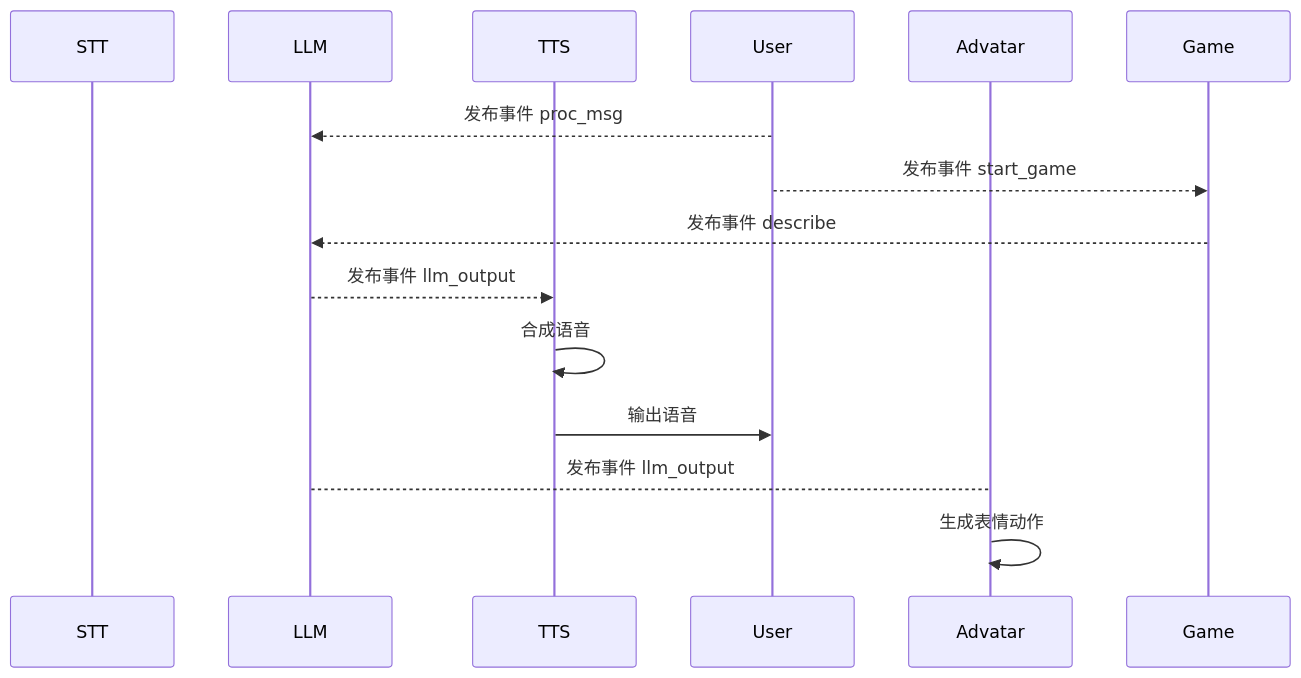
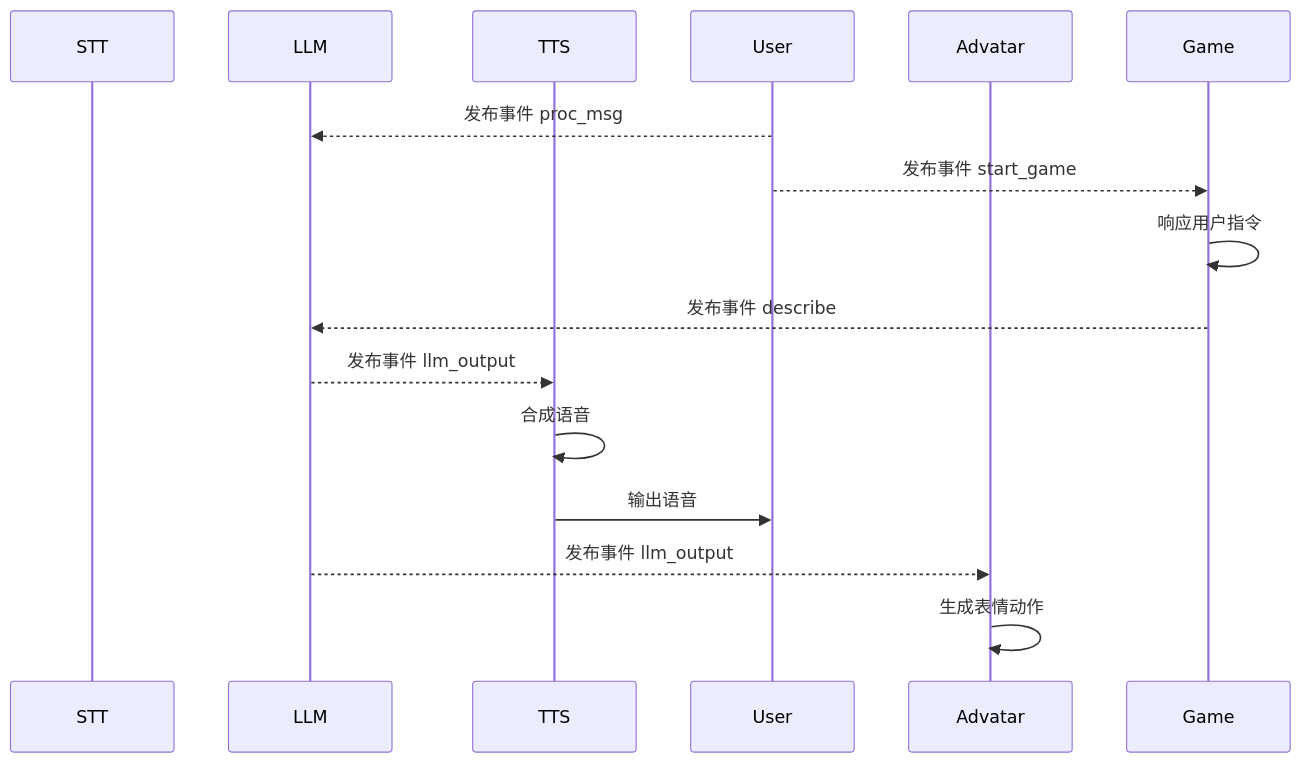
One commit to golrice/virtustream changed the fourth of 5 diagrams in docs/systemModel.md. Above: the diagram before and after it, drawn with Mermaid. The commit also changed 1 other file, not shown here.

````diff
--- a/docs/systemModel.md
+++ b/docs/systemModel.md
@@ -211,17 +211,18 @@
 ```mermaid
 sequenceDiagram
     participant STT
     participant LLM
     participant TTS
     participant User
     participant Advatar
 
     User-->>LLM: 发布事件 proc_msg
     User-->>Game: 发布事件 start_game
+    Game->>Game:响应用户指令
     Game-->>LLM: 发布事件 describe
     LLM-->>TTS: 发布事件 llm_output
     TTS->>TTS: 合成语音
     TTS->>User: 输出语音
-    LLM-->Advatar: 发布事件 llm_output
+    LLM-->>Advatar: 发布事件 llm_output
     Advatar->>Advatar: 生成表情动作
 ```
````
